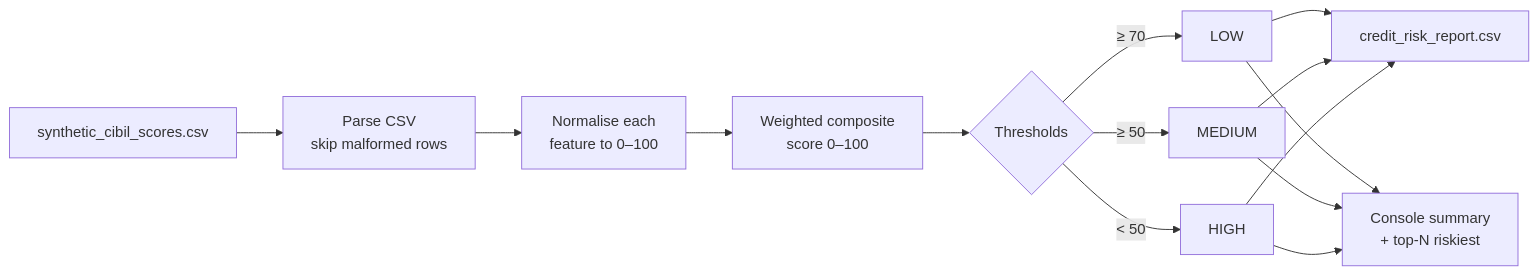
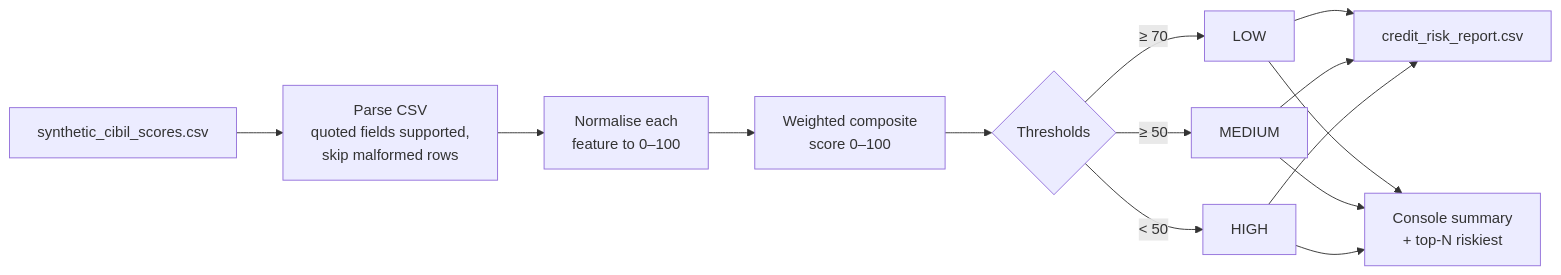
The diagram in README.md (Gonugunta-Venkata-Jayanth/Credit-Risk-Analyzer), drawn with Mermaid before and after one commit. The commit also changed other lines of this file, not shown here.

Commit message:
README: document quoted-field CSV support and threshold order

````diff
--- a/README.md
+++ b/README.md
@@ -49,12 +49,12 @@
 ```mermaid
 flowchart LR
-    A[synthetic_cibil_scores.csv] --> B[Parse CSV<br/>skip malformed rows]
+    A[synthetic_cibil_scores.csv] --> B[Parse CSV<br/>quoted fields supported,<br/>skip malformed rows]
     B --> C[Normalise each<br/>feature to 0–100]
     C --> D[Weighted composite<br/>score 0–100]
     D --> E{Thresholds}
     E -->|≥ 70| F[LOW]
     E -->|≥ 50| G[MEDIUM]
     E -->|< 50| H[HIGH]
     F & G & H --> I[credit_risk_report.csv]
     F & G & H --> J[Console summary<br/>+ top-N riskiest]
 ```
````
